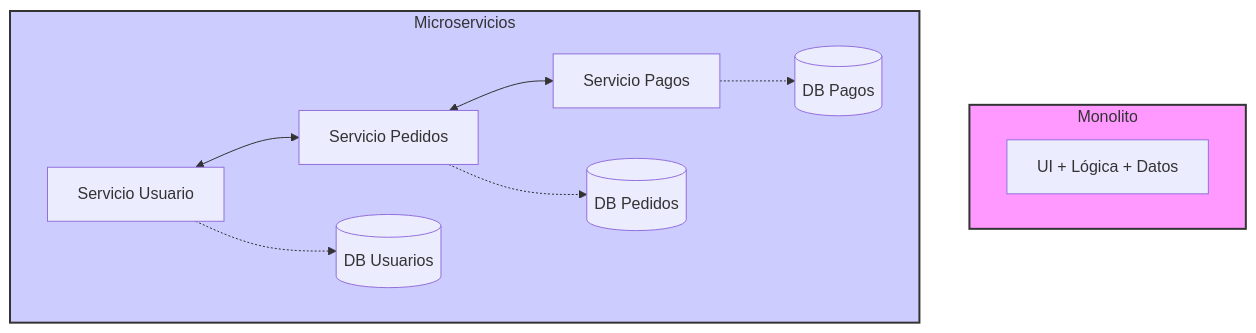
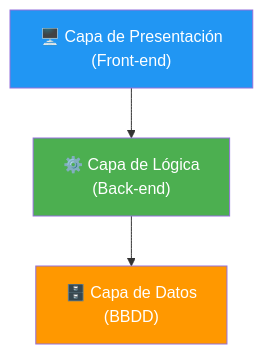
Before and after one commit to joseluisgs/DesarrolloWebEntornosServidor-01-2026-2027: the third of 5 diagrams in 03-arquitecturas-web.md, drawn with Mermaid. The commit also changed other lines of this file and 8 other files, not shown here.

````diff
--- a/03-arquitecturas-web.md
+++ b/03-arquitecturas-web.md
@@ -64,17 +70,9 @@
 ```mermaid
 graph TD
-    subgraph Monolito
-    A[UI + Lógica + Datos]
-    end
+    A["🖥️ Capa de Presentación<br/>(Front-end)"] --> B["⚙️ Capa de Lógica<br/>(Back-end)"]
+    B --> C["🗄️ Capa de Datos<br/>(BBDD)"]
 
-    subgraph Microservicios
-    B[Servicio Usuario] <--> C[Servicio Pedidos]
-    C <--> D[Servicio Pagos]
-    B -.-> DB1[(DB Usuarios)]
-    C -.-> DB2[(DB Pedidos)]
-    D -.-> DB3[(DB Pagos)]
-    end
-
-    style Monolito fill:#f9f,stroke:#333,stroke-width:2px
-    style Microservicios fill:#ccf,stroke:#333,stroke-width:2px
+    style A fill:#2196F3,color:#fff
+    style B fill:#4CAF50,color:#fff
+    style C fill:#FF9800,color:#fff
 ```
````
